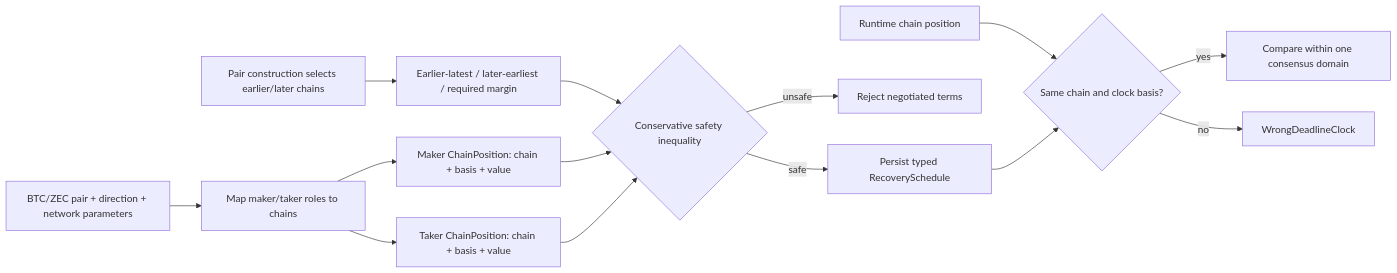
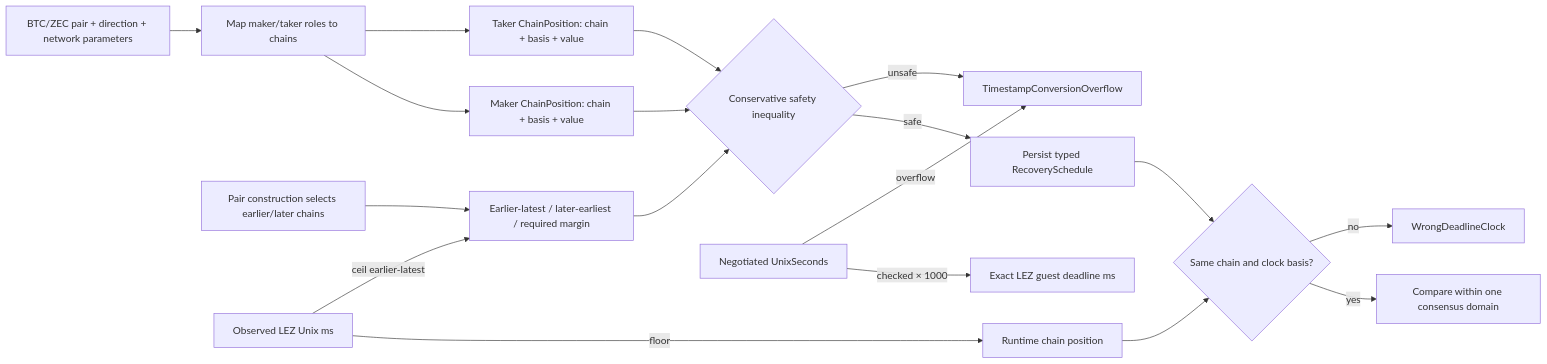
The diagram in docs/architecture/0010-typed-cross-chain-deadlines.md (gateway-fm/lez-atomic-swaps), drawn with Mermaid before and after one commit. The commit also changed other lines of this file and 5 other files, not shown here.

Commit message:
feat: type LEZ timestamp conversions

````diff
--- a/docs/architecture/0010-typed-cross-chain-deadlines.md
+++ b/docs/architecture/0010-typed-cross-chain-deadlines.md
@@ -6,16 +6,20 @@
 ```mermaid
 flowchart LR
     Terms["BTC/ZEC pair + direction + network parameters"] --> Map["Map maker/taker roles to chains"]
     Map --> Maker["Maker ChainPosition: chain + basis + value"]
     Map --> Taker["Taker ChainPosition: chain + basis + value"]
     Order["Pair construction selects earlier/later chains"] --> Bounds["Earlier-latest / later-earliest / required margin"]
     Bounds --> Check{"Conservative safety inequality"}
     Maker --> Check
     Taker --> Check
     Check -->|"safe"| Schedule["Persist typed RecoverySchedule"]
     Check -->|"unsafe"| Reject["Reject negotiated terms"]
     Observation["Runtime chain position"] --> Domain{"Same chain and clock basis?"}
     Schedule --> Domain
     Domain -->|"yes"| Compare["Compare within one consensus domain"]
     Domain -->|"no"| ClockError["WrongDeadlineClock"]
+    Seconds["Negotiated UnixSeconds"] -->|"checked × 1000"| GuestMs["Exact LEZ guest deadline ms"]
+    LezMs["Observed LEZ Unix ms"] -->|"floor"| Observation
+    LezMs -->|"ceil earlier-latest"| Bounds
+    Seconds -->|"overflow"| Reject["TimestampConversionOverflow"]
 ```
````
